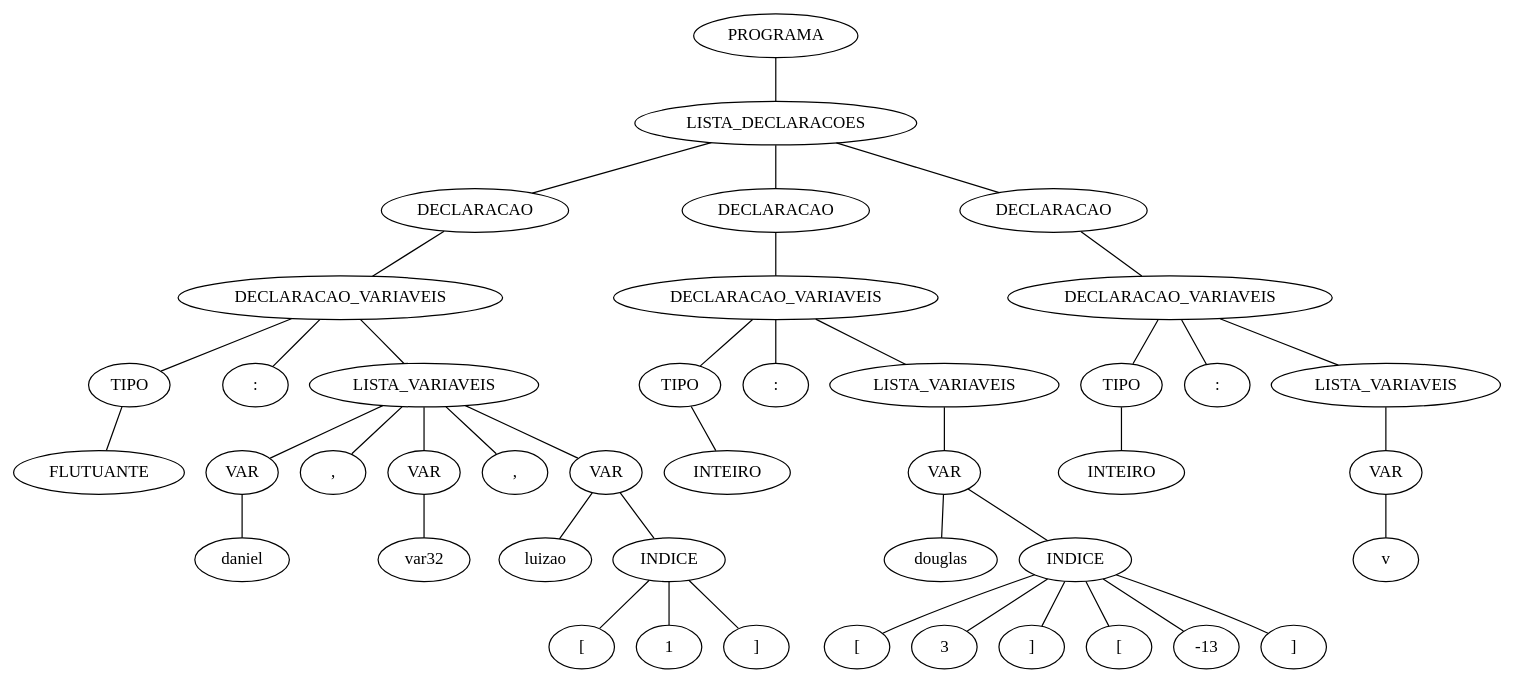
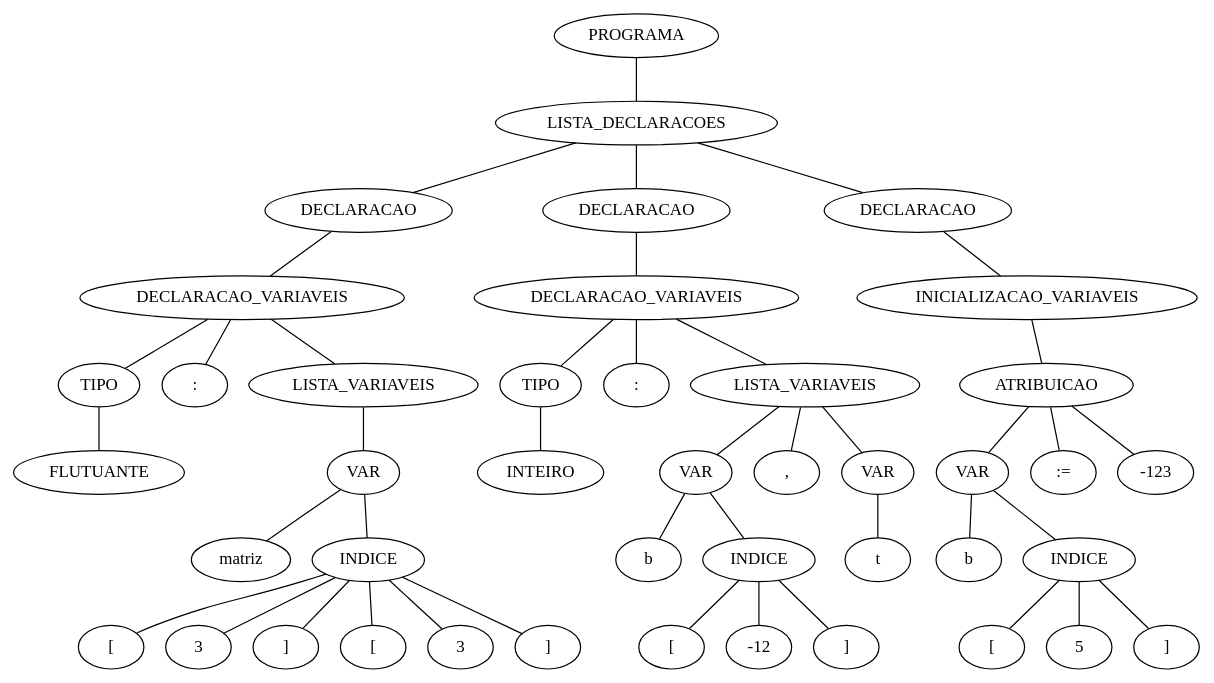
Before and after one commit to DanielVenturini/VCC: the diagram in tree.dot, drawn with Graphviz. The commit also changed 3 other files, not shown here.

```diff
--- a/tree.dot
+++ b/tree.dot
@@ -1,129 +1,129 @@
 strict graph G {
-    17973856 [label="PROGRAMA"];
-    17978128 [label="LISTA_DECLARACOES"];
-    17973856 -- 17978128;
-    17978128 [label="LISTA_DECLARACOES"];
-    17978224 [label="DECLARACAO"];
-    17978128 -- 17978224;
-    17978784 [label="DECLARACAO"];
-    17978128 -- 17978784;
-    17981344 [label="DECLARACAO"];
-    17978128 -- 17981344;
-    17978224 [label="DECLARACAO"];
-    17978352 [label="DECLARACAO_VARIAVEIS"];
-    17978224 -- 17978352;
-    17978352 [label="DECLARACAO_VARIAVEIS"];
-    17978448 [label="TIPO"];
-    17978352 -- 17978448;
-    17978640 [label=":"];
-    17978352 -- 17978640;
-    17978736 [label="LISTA_VARIAVEIS"];
-    17978352 -- 17978736;
-    17978448 [label="TIPO"];
-    17978544 [label="FLUTUANTE"];
-    17978448 -- 17978544;
-    17978544 [label="FLUTUANTE"];
-    17978640 [label=":"];
-    17978736 [label="LISTA_VARIAVEIS"];
-    17978864 [label="VAR"];
-    17978736 -- 17978864;
-    17979088 [label=","];
-    17978736 -- 17979088;
-    17979248 [label="VAR"];
-    17978736 -- 17979248;
-    17979472 [label=","];
-    17978736 -- 17979472;
-    17979632 [label="VAR"];
-    17978736 -- 17979632;
-    17978864 [label="VAR"];
-    17978960 [label="daniel"];
-    17978864 -- 17978960;
-    17978960 [label="daniel"];
-    17979088 [label=","];
-    17979248 [label="VAR"];
-    17979344 [label="var32"];
-    17979248 -- 17979344;
-    17979344 [label="var32"];
-    17979472 [label=","];
-    17979632 [label="VAR"];
-    17979728 [label="luizao"];
-    17979632 -- 17979728;
-    17979856 [label="INDICE"];
-    17979632 -- 17979856;
-    17979728 [label="luizao"];
-    17979856 [label="INDICE"];
-    17979952 [label="["];
-    17979856 -- 17979952;
-    17980144 [label="1"];
-    17979856 -- 17980144;
-    17980272 [label="]"];
-    17979856 -- 17980272;
-    17979952 [label="["];
-    17980144 [label="1"];
-    17980272 [label="]"];
-    17978784 [label="DECLARACAO"];
-    17980560 [label="DECLARACAO_VARIAVEIS"];
-    17978784 -- 17980560;
-    17980560 [label="DECLARACAO_VARIAVEIS"];
-    17980656 [label="TIPO"];
-    17980560 -- 17980656;
-    17980848 [label=":"];
-    17980560 -- 17980848;
-    17980944 [label="LISTA_VARIAVEIS"];
-    17980560 -- 17980944;
-    17980656 [label="TIPO"];
-    17980752 [label="INTEIRO"];
-    17980656 -- 17980752;
-    17980752 [label="INTEIRO"];
-    17980848 [label=":"];
-    17980944 [label="LISTA_VARIAVEIS"];
-    17981072 [label="VAR"];
-    17980944 -- 17981072;
-    17981072 [label="VAR"];
-    17981168 [label="douglas"];
-    17981072 -- 17981168;
-    17981296 [label="INDICE"];
-    17981072 -- 17981296;
-    17981168 [label="douglas"];
-    17981296 [label="INDICE"];
-    17981392 [label="["];
-    17981296 -- 17981392;
-    17981584 [label="3"];
-    17981296 -- 17981584;
-    17981712 [label="]"];
-    17981296 -- 17981712;
-    17981840 [label="["];
-    17981296 -- 17981840;
-    17982000 [label="-13"];
-    17981296 -- 17982000;
-    17982128 [label="]"];
-    17981296 -- 17982128;
-    17981392 [label="["];
-    17981584 [label="3"];
-    17981712 [label="]"];
-    17981840 [label="["];
-    17982000 [label="-13"];
-    17982128 [label="]"];
-    17981344 [label="DECLARACAO"];
-    17982416 [label="DECLARACAO_VARIAVEIS"];
-    17981344 -- 17982416;
-    17982416 [label="DECLARACAO_VARIAVEIS"];
-    17982512 [label="TIPO"];
-    17982416 -- 17982512;
-    17982704 [label=":"];
-    17982416 -- 17982704;
-    17982800 [label="LISTA_VARIAVEIS"];
-    17982416 -- 17982800;
-    17982512 [label="TIPO"];
-    17982608 [label="INTEIRO"];
-    17982512 -- 17982608;
-    17982608 [label="INTEIRO"];
-    17982704 [label=":"];
-    17982800 [label="LISTA_VARIAVEIS"];
-    17982928 [label="VAR"];
-    17982800 -- 17982928;
-    17982928 [label="VAR"];
-    17983024 [label="v"];
-    17982928 -- 17983024;
-    17983024 [label="v"];
+    17937072 [label="PROGRAMA"];
+    17937168 [label="LISTA_DECLARACOES"];
+    17937072 -- 17937168;
+    17937168 [label="LISTA_DECLARACOES"];
+    17937264 [label="DECLARACAO"];
+    17937168 -- 17937264;
+    17938176 [label="DECLARACAO"];
+    17937168 -- 17938176;
+    17940912 [label="DECLARACAO"];
+    17937168 -- 17940912;
+    17937264 [label="DECLARACAO"];
+    17937392 [label="DECLARACAO_VARIAVEIS"];
+    17937264 -- 17937392;
+    17937392 [label="DECLARACAO_VARIAVEIS"];
+    17937488 [label="TIPO"];
+    17937392 -- 17937488;
+    17937712 [label=":"];
+    17937392 -- 17937712;
+    17937808 [label="LISTA_VARIAVEIS"];
+    17937392 -- 17937808;
+    17937488 [label="TIPO"];
+    17937584 [label="FLUTUANTE"];
+    17937488 -- 17937584;
+    17937584 [label="FLUTUANTE"];
+    17937712 [label=":"];
+    17937808 [label="LISTA_VARIAVEIS"];
+    17937904 [label="VAR"];
+    17937808 -- 17937904;
+    17937904 [label="VAR"];
+    17938000 [label="matriz"];
+    17937904 -- 17938000;
+    17938128 [label="INDICE"];
+    17937904 -- 17938128;
+    17938000 [label="matriz"];
+    17938128 [label="INDICE"];
+    17938224 [label="["];
+    17938128 -- 17938224;
+    17938416 [label="3"];
+    17938128 -- 17938416;
+    17938544 [label="]"];
+    17938128 -- 17938544;
+    17938672 [label="["];
+    17938128 -- 17938672;
+    17938832 [label="3"];
+    17938128 -- 17938832;
+    17938960 [label="]"];
+    17938128 -- 17938960;
+    17938224 [label="["];
+    17938416 [label="3"];
+    17938544 [label="]"];
+    17938672 [label="["];
+    17938832 [label="3"];
+    17938960 [label="]"];
+    17938176 [label="DECLARACAO"];
+    17939248 [label="DECLARACAO_VARIAVEIS"];
+    17938176 -- 17939248;
+    17939248 [label="DECLARACAO_VARIAVEIS"];
+    17939344 [label="TIPO"];
+    17939248 -- 17939344;
+    17939568 [label=":"];
+    17939248 -- 17939568;
+    17939664 [label="LISTA_VARIAVEIS"];
+    17939248 -- 17939664;
+    17939344 [label="TIPO"];
+    17939440 [label="INTEIRO"];
+    17939344 -- 17939440;
+    17939440 [label="INTEIRO"];
+    17939568 [label=":"];
+    17939664 [label="LISTA_VARIAVEIS"];
+    17939760 [label="VAR"];
+    17939664 -- 17939760;
+    17940528 [label=","];
+    17939664 -- 17940528;
+    17940656 [label="VAR"];
+    17939664 -- 17940656;
+    17939760 [label="VAR"];
+    17939856 [label="b"];
+    17939760 -- 17939856;
+    17939984 [label="INDICE"];
+    17939760 -- 17939984;
+    17939856 [label="b"];
+    17939984 [label="INDICE"];
+    17940080 [label="["];
+    17939984 -- 17940080;
+    17940272 [label="-12"];
+    17939984 -- 17940272;
+    17940400 [label="]"];
+    17939984 -- 17940400;
+    17940080 [label="["];
+    17940272 [label="-12"];
+    17940400 [label="]"];
+    17940528 [label=","];
+    17940656 [label="VAR"];
+    17940752 [label="t"];
+    17940656 -- 17940752;
+    17940752 [label="t"];
+    17940912 [label="DECLARACAO"];
+    17941040 [label="INICIALIZACAO_VARIAVEIS"];
+    17940912 -- 17941040;
+    17941040 [label="INICIALIZACAO_VARIAVEIS"];
+    17941136 [label="ATRIBUICAO"];
+    17941040 -- 17941136;
+    17941136 [label="ATRIBUICAO"];
+    17941232 [label="VAR"];
+    17941136 -- 17941232;
+    17941968 [label=":="];
+    17941136 -- 17941968;
+    17942128 [label="-123"];
+    17941136 -- 17942128;
+    17941232 [label="VAR"];
+    17941328 [label="b"];
+    17941232 -- 17941328;
+    17941424 [label="INDICE"];
+    17941232 -- 17941424;
+    17941328 [label="b"];
+    17941424 [label="INDICE"];
+    17941520 [label="["];
+    17941424 -- 17941520;
+    17941712 [label="5"];
+    17941424 -- 17941712;
+    17941840 [label="]"];
+    17941424 -- 17941840;
+    17941520 [label="["];
+    17941712 [label="5"];
+    17941840 [label="]"];
+    17941968 [label=":="];
+    17942128 [label="-123"];
 }
```
